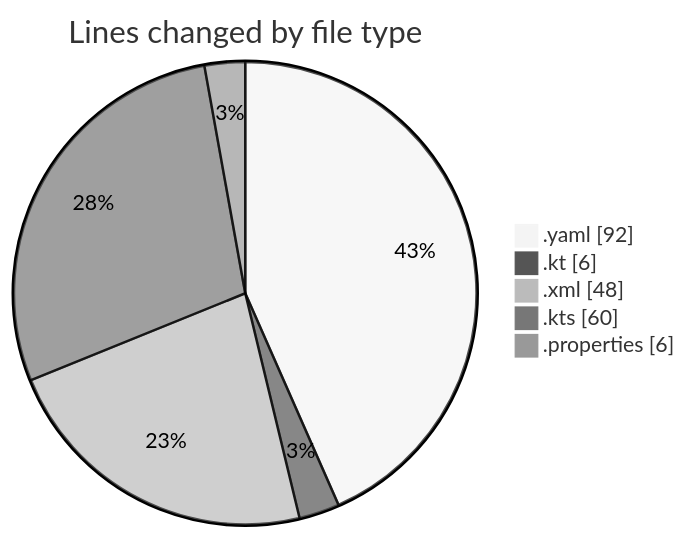
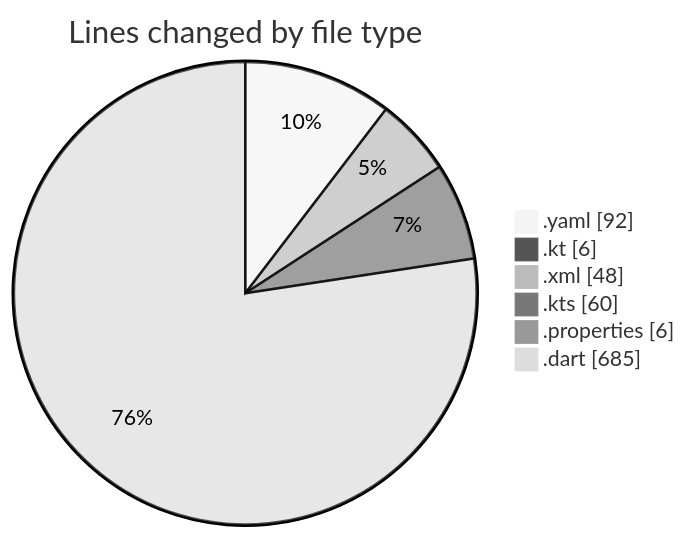
One commit to donsfak/code-tracking changed the first of 2 diagrams in 2025-02-19/uber_clone/README.md. Above: the diagram before and after it, drawn with Mermaid (neutral theme). The commit also changed other lines of this file and 1 other file, not shown here.

````diff
--- a/2025-02-19/uber_clone/README.md
+++ b/2025-02-19/uber_clone/README.md
@@ -24,9 +27,10 @@
 ```mermaid
 pie showData
 title Lines changed by file type
 ".yaml" : 92
 ".kt" : 6
 ".xml" : 48
 ".kts" : 60
 ".properties" : 6
+".dart" : 685
 ```
````
